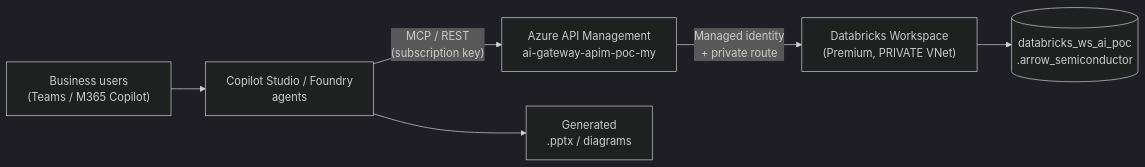
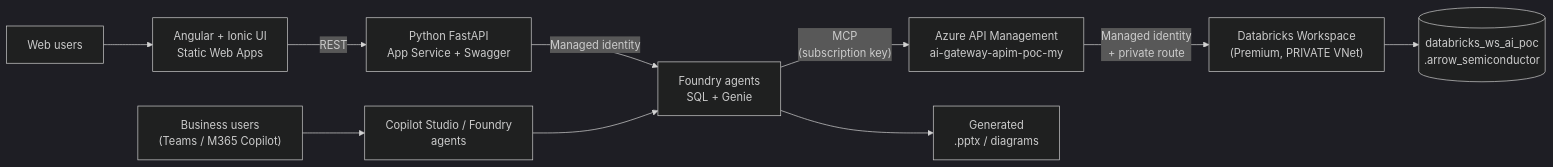
The diagram in README.md (csdmichael/Azure-Databricks-Private-Agent-APIM), drawn with Mermaid (dark theme) before and after one commit. The commit also changed other lines of this file and 76 other files, not shown here.

````diff
--- a/README.md
+++ b/README.md
@@ -53,8 +60,12 @@
 ```mermaid
 flowchart LR
   U["Business users<br/>(Teams / M365 Copilot)"] --> CS["Copilot Studio / Foundry<br/>agents"]
-  CS -->|"MCP / REST<br/>(subscription key)"| APIM["Azure API Management<br/>ai-gateway-apim-poc-my"]
+  W["Web users"] --> UI["Angular + Ionic UI<br/>Static Web Apps"]
+  UI -->|"REST"| API["Python FastAPI<br/>App Service + Swagger"]
+  API -->|"Managed identity"| FA["Foundry agents<br/>SQL + Genie"]
+  CS --> FA
+  FA -->|"MCP<br/>(subscription key)"| APIM["Azure API Management<br/>ai-gateway-apim-poc-my"]
   APIM -->|"Managed identity<br/>+ private route"| DBX["Databricks Workspace<br/>(Premium, PRIVATE VNet)"]
   DBX --> D[("databricks_ws_ai_poc<br/>.arrow_semiconductor")]
-  CS --> PPT["Generated<br/>.pptx / diagrams"]
+  FA --> PPT["Generated<br/>.pptx / diagrams"]
 ```
````
